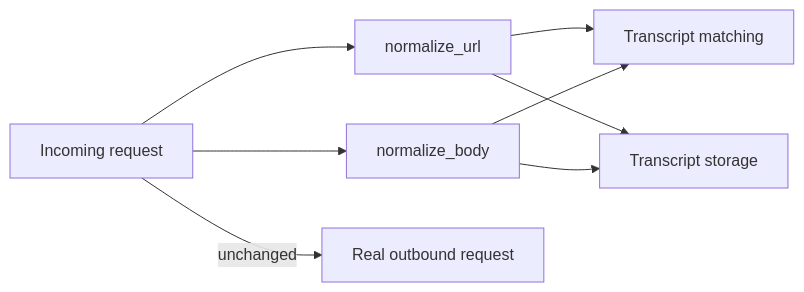
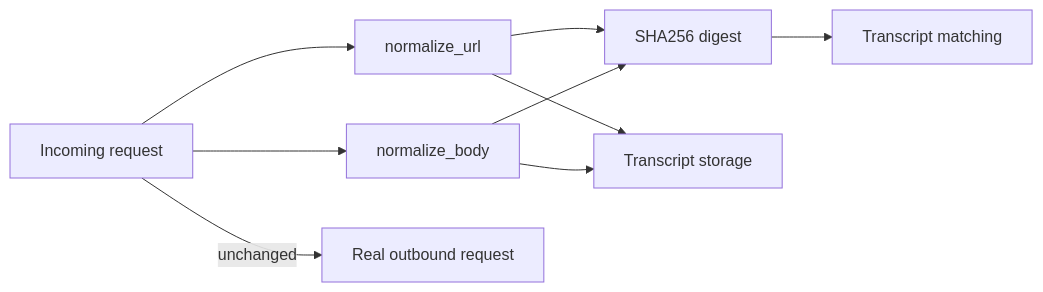
Before and after one commit to nogginly/wiretap.cr: the fourth of 4 diagrams in README.md, drawn with Mermaid. The commit also changed other lines of this file, not shown here.

Commit message:
Update usage documentation to reflect the digest support

````diff
--- a/README.md
+++ b/README.md
@@ -276,10 +278,11 @@
 ```mermaid
 flowchart LR
     A[Incoming request] --> B[normalize_url]
     A --> C[normalize_body]
-    B --> D[Transcript matching]
+    B --> D[SHA256 digest]
     C --> D
-    B --> E[Transcript storage]
-    C --> E
-    A -->|unchanged| F[Real outbound request]
+    D --> E[Transcript matching]
+    B --> F[Transcript storage]
+    C --> F
+    A -->|unchanged| G[Real outbound request]
 ```
````
